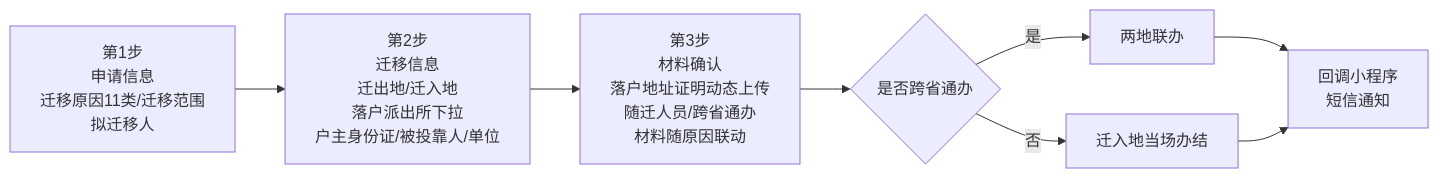
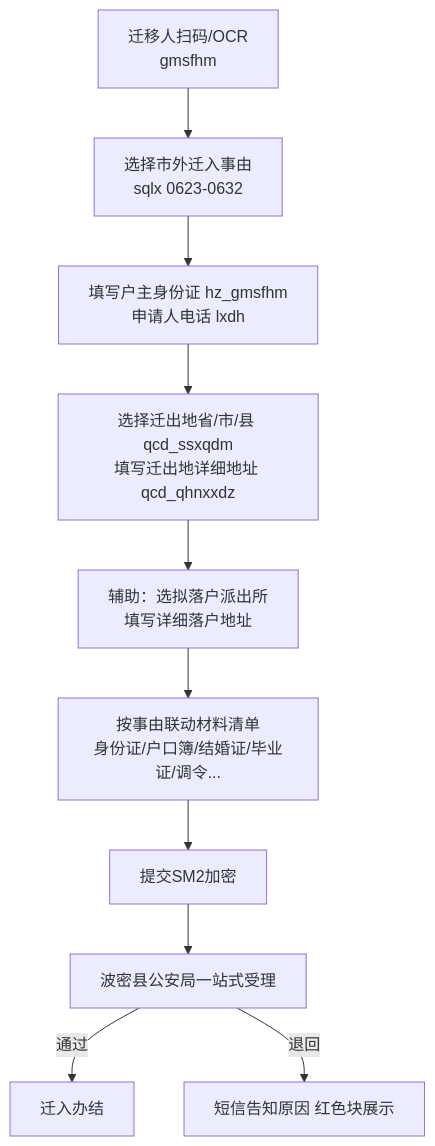
The eighth of 8 diagrams in 户政业务功能说明.md (ikid-zhang/linzhi-miniprogram-prototype), drawn with Mermaid before and after one commit. The commit also changed other lines of this file, not shown here.

````diff
--- a/户政业务功能说明.md
+++ b/户政业务功能说明.md
@@ -346,10 +339,11 @@
 ```mermaid
-flowchart LR
-    Q1[第1步<br/>申请信息<br/>迁移原因11类/迁移范围<br/>拟迁移人] --> Q2[第2步<br/>迁移信息<br/>迁出地/迁入地<br/>落户派出所下拉<br/>户主身份证/被投靠人/单位]
-    Q2 --> Q3[第3步<br/>材料确认<br/>落户地址证明动态上传<br/>随迁人员/跨省通办<br/>材料随原因联动]
-    Q3 --> QK{是否跨省通办}
-    QK -->|是| L1[两地联办]
-    QK -->|否| L2[迁入地当场办结]
-    L1 --> DONE
-    L2 --> DONE[回调小程序<br/>短信通知]
+flowchart TD
+    A[迁移人扫码/OCR<br/>gmsfhm] --> B[选择市外迁入事由<br/>sqlx 0623-0632]
+    B --> C[填写户主身份证 hz_gmsfhm<br/>申请人电话 lxdh]
+    C --> D[选择迁出地省/市/县 qcd_ssxqdm<br/>填写迁出地详细地址 qcd_qhnxxdz]
+    D --> E[辅助：选拟落户派出所<br/>填写详细落户地址]
+    E --> F[按事由联动材料清单<br/>身份证/户口簿/结婚证/毕业证/调令...]
+    F --> G[提交SM2加密] --> H[波密县公安局一站式受理]
+    H -->|通过| I[迁入办结]
+    H -->|退回| R[短信告知原因 红色块展示]
 ```
````
